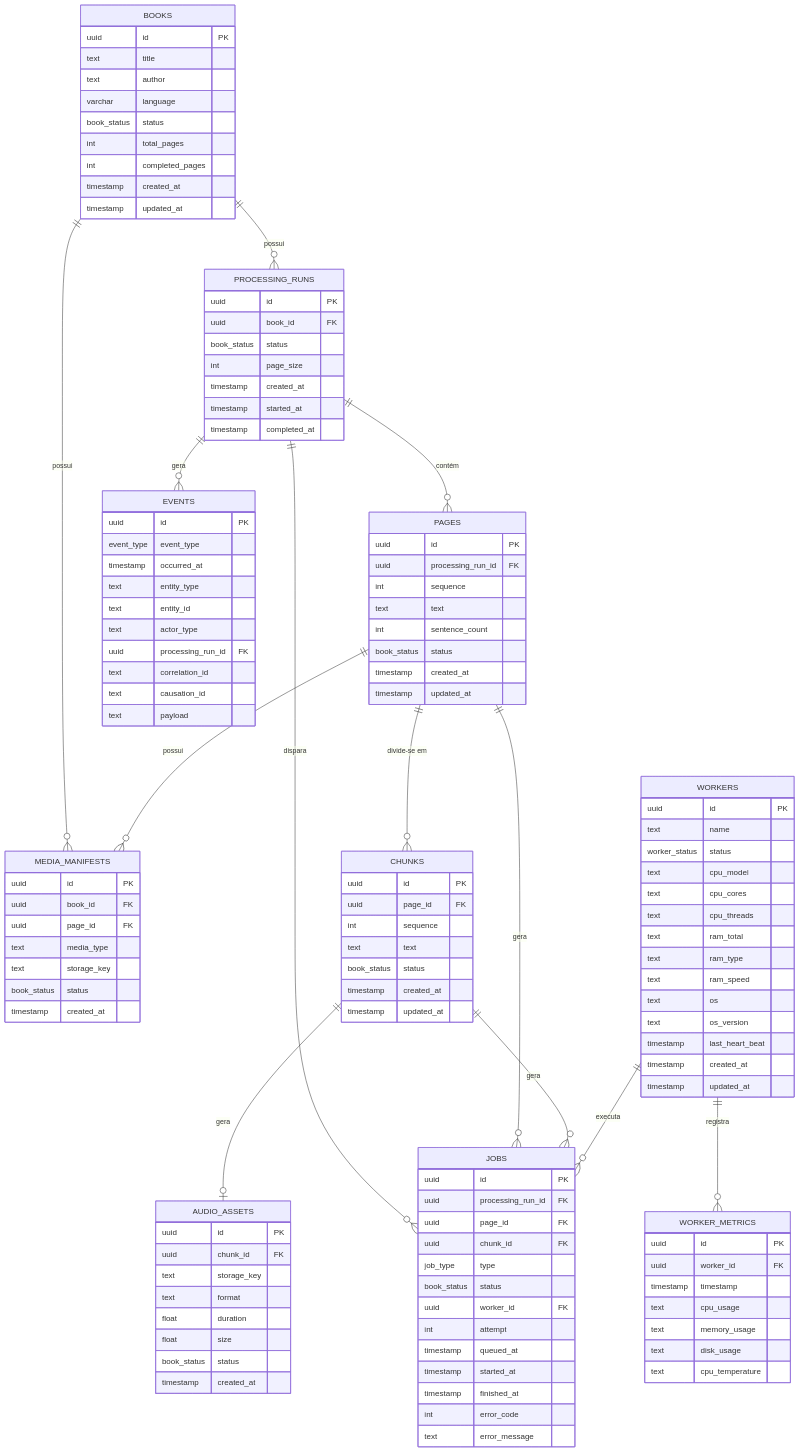
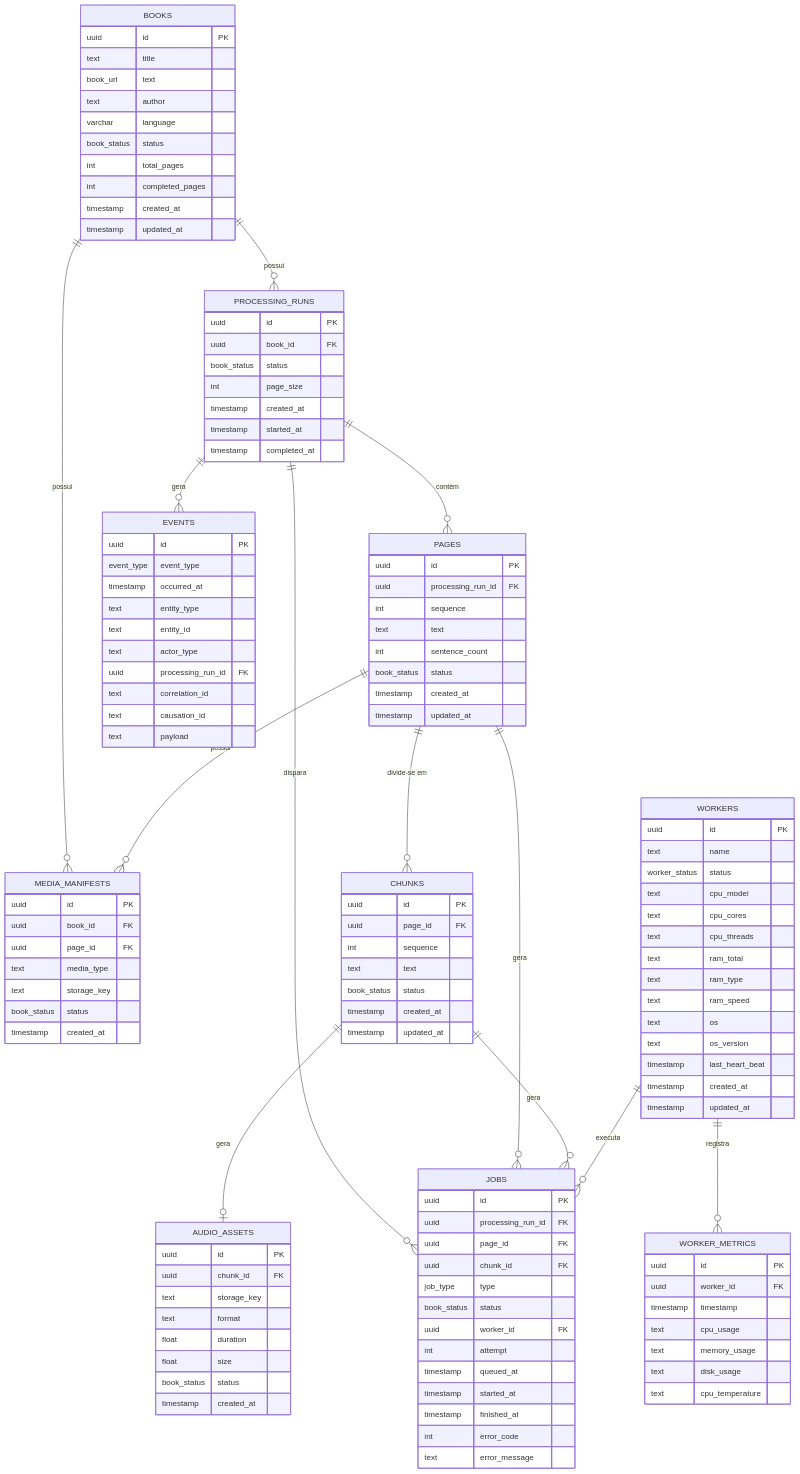
The diagram in src/database/diagram.md (MarcosViniSil/ReadAlong), drawn with Mermaid before and after one commit. The commit also changed 2 other files, not shown here.

Commit message:
feat: add book_url field to Book model and database schema

```diff
--- a/src/database/diagram.md
+++ b/src/database/diagram.md
@@ -22,6 +22,7 @@
     BOOKS {
         uuid id PK
         text title
+        book_url text
         text author
         varchar language
         book_status status
```
